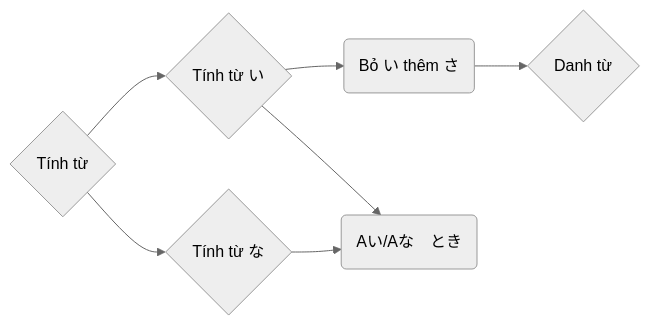
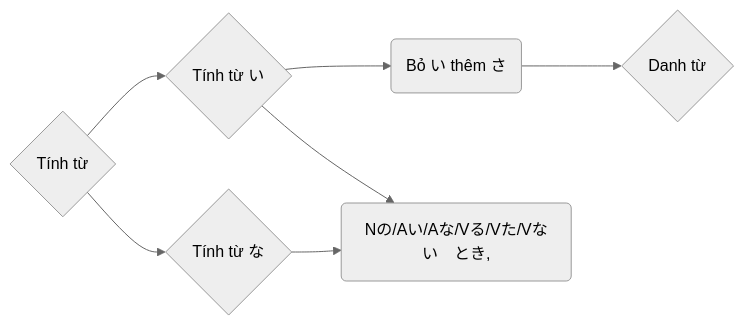
Before and after one commit to tea1504/learn: the diagram in Tinh_Tu_graph.md, drawn with Mermaid (neutral theme). The commit also changed 20 other files, not shown here.

````diff
--- a/Tinh_Tu_graph.md
+++ b/Tinh_Tu_graph.md
@@ -1,12 +1,12 @@
 ```mermaid
 graph LR;
     A{Tính từ}
 
     A-->Ai{Tính từ い}
     A-->Ana{Tính từ な}
 
     Ai-->AiN(Bỏ い thêm さ)-->N{Danh từ}
 
-    Ai-->khi(Aい/Aな　とき)
+    Ai-->khi(Nの/Aい/Aな/Vる/Vた/Vない　とき,)
     Ana-->khi
 ```
````
